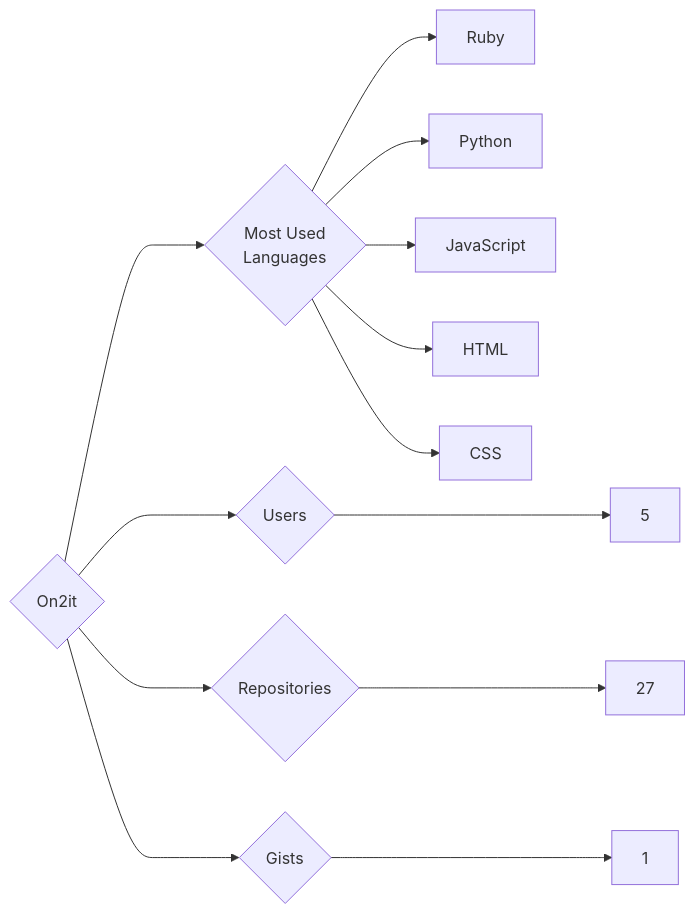
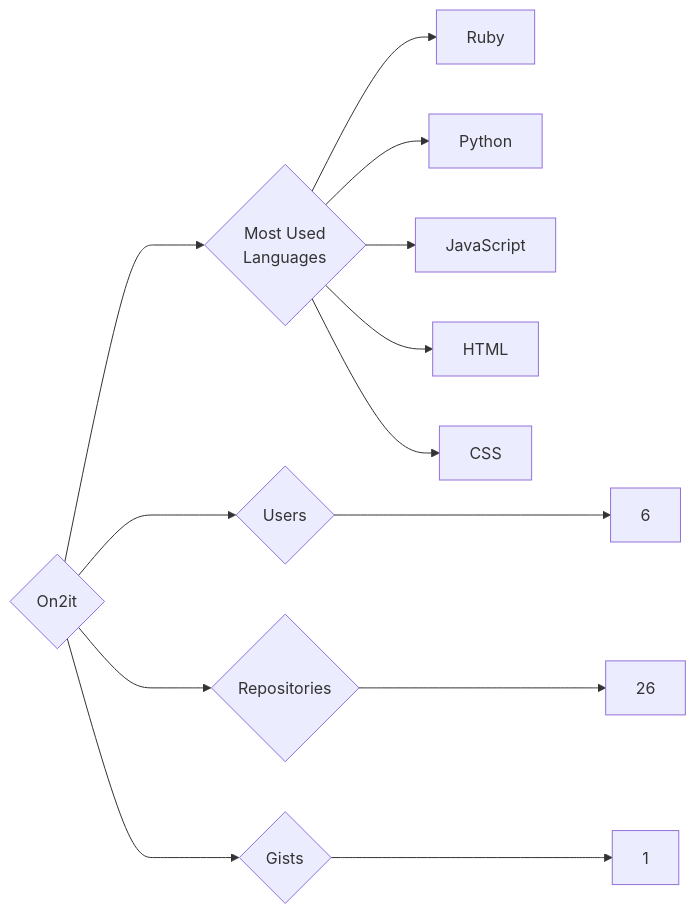
Before and after one commit to trickest/insiders: the diagram in targets/On2it/README.md, drawn with Mermaid. The commit also changed 814 other files, not shown here.

````diff
--- a/targets/On2it/README.md
+++ b/targets/On2it/README.md
@@ -3,13 +3,13 @@
 ```mermaid
 graph LR
 COMPANY_NAME{On2it}
-COMPANY_NAME ---> U{Users} ---> UN[5]
-COMPANY_NAME ---> R{Repositories} ---> RN[27]
+COMPANY_NAME ---> U{Users} ---> UN[6]
+COMPANY_NAME ---> R{Repositories} ---> RN[26]
 COMPANY_NAME ---> G{Gists} ---> GN[1]
 COMPANY_NAME ---> ML{Most Used<br>Languages}
 ML --> Ruby[Ruby]
 ML --> Python[Python]
 ML --> JavaScript[JavaScript]
 ML --> HTML[HTML]
 ML --> CSS[CSS]
 ```
````
